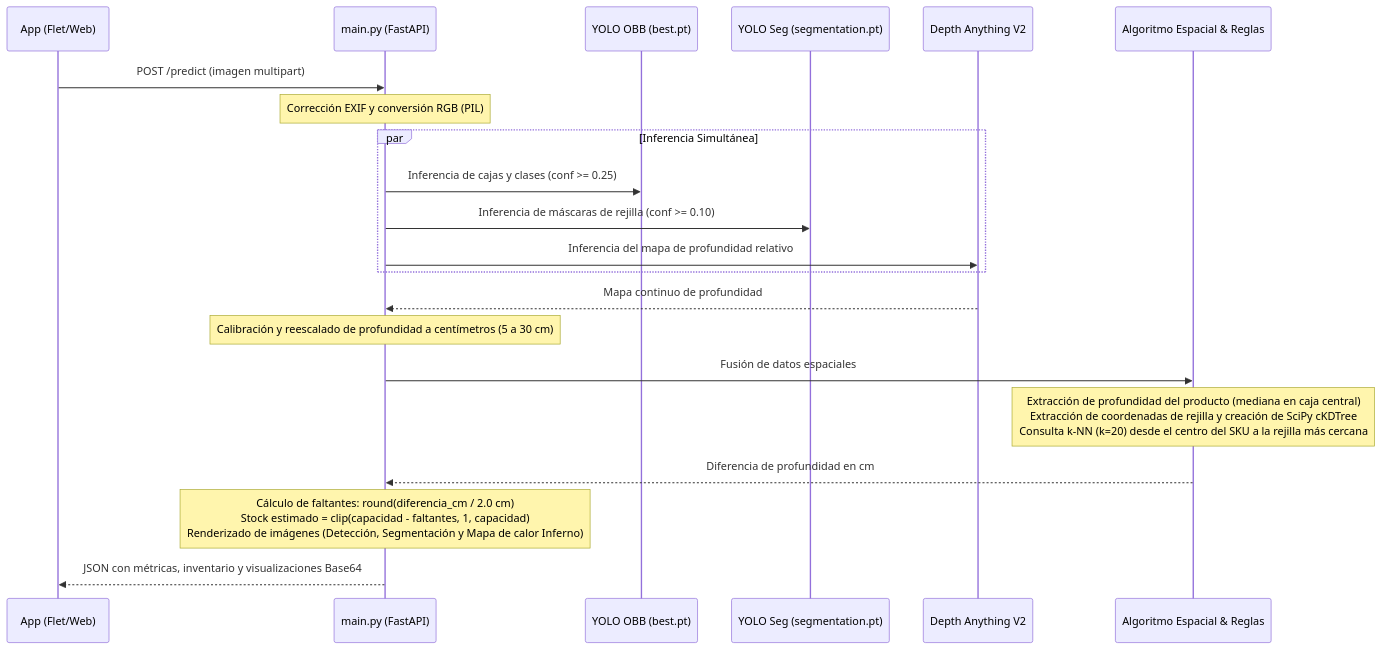
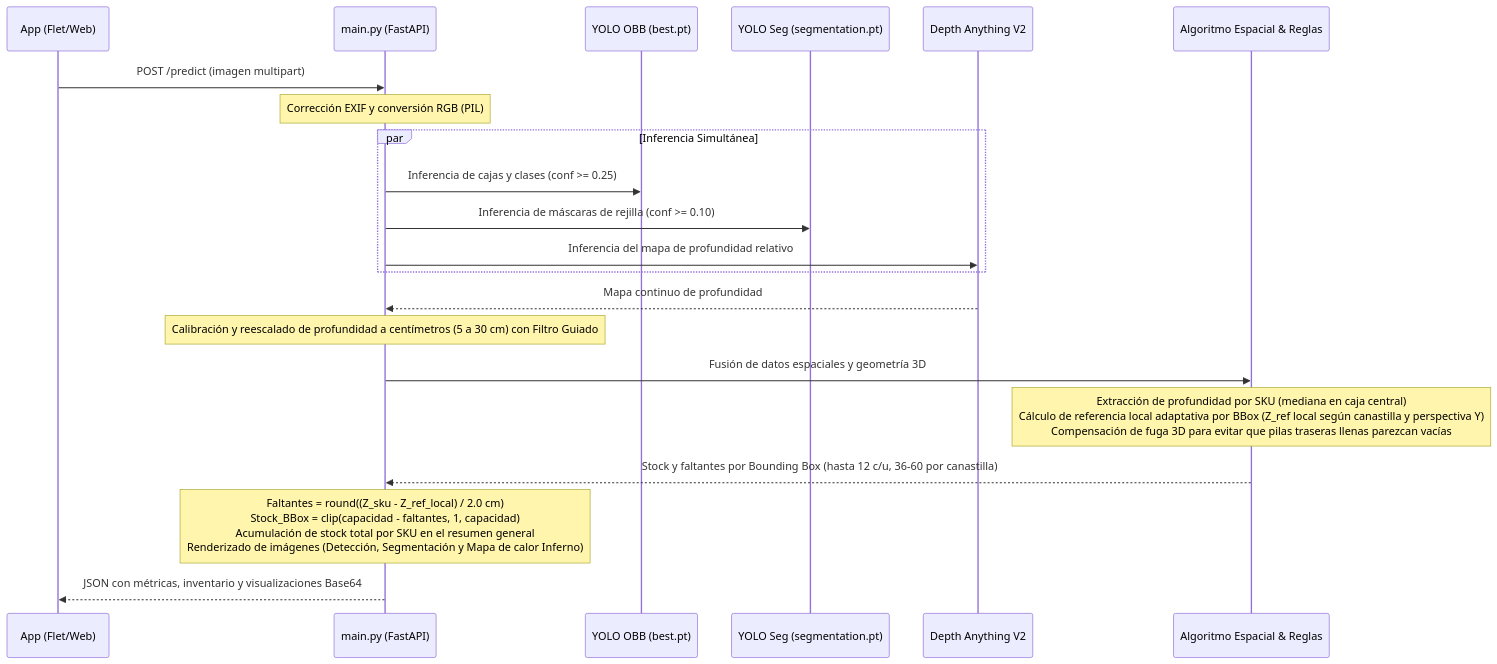
One commit to LuisOfL/Magnum_model_tool changed the diagram in app/backend/README.md. Above: the diagram before and after it, drawn with Mermaid. The commit also changed other lines of this file and 3 other files, not shown here.

````diff
--- a/app/backend/README.md
+++ b/app/backend/README.md
@@ -52,29 +52,29 @@
 ```mermaid
 sequenceDiagram
     participant Cliente as App (Flet/Web)
     participant API as main.py (FastAPI)
     participant Det as YOLO OBB (best.pt)
     participant Seg as YOLO Seg (segmentation.pt)
     participant Depth as Depth Anything V2
     participant Math as Algoritmo Espacial & Reglas
 
     Cliente->>API: POST /predict (imagen multipart)
     Note over API: Corrección EXIF y conversión RGB (PIL)
     
     par Inferencia Simultánea
         API->>Det: Inferencia de cajas y clases (conf >= 0.25)
         API->>Seg: Inferencia de máscaras de rejilla (conf >= 0.10)
         API->>Depth: Inferencia del mapa de profundidad relativo
     end
 
     Depth-->>API: Mapa continuo de profundidad
-    Note over API: Calibración y reescalado de profundidad a centímetros (5 a 30 cm)
+    Note over API: Calibración y reescalado de profundidad a centímetros (5 a 30 cm) con Filtro Guiado
 
-    API->>Math: Fusión de datos espaciales
-    Note over Math: Extracción de profundidad del producto (mediana en caja central)<br/>Extracción de coordenadas de rejilla y creación de SciPy cKDTree<br/>Consulta k-NN (k=20) desde el centro del SKU a la rejilla más cercana
-    Math-->>API: Diferencia de profundidad en cm
+    API->>Math: Fusión de datos espaciales y geometría 3D
+    Note over Math: Extracción de profundidad por SKU (mediana en caja central)<br/>Cálculo de referencia local adaptativa por BBox (Z_ref local según canastilla y perspectiva Y)<br/>Compensación de fuga 3D para evitar que pilas traseras llenas parezcan vacías
+    Math-->>API: Stock y faltantes por Bounding Box (hasta 12 c/u, 36-60 por canastilla)
 
-    Note over API: Cálculo de faltantes: round(diferencia_cm / 2.0 cm)<br/>Stock estimado = clip(capacidad - faltantes, 1, capacidad)<br/>Renderizado de imágenes (Detección, Segmentación y Mapa de calor Inferno)
+    Note over API: Faltantes = round((Z_sku - Z_ref_local) / 2.0 cm)<br/>Stock_BBox = clip(capacidad - faltantes, 1, capacidad)<br/>Acumulación de stock total por SKU en el resumen general<br/>Renderizado de imágenes (Detección, Segmentación y Mapa de calor Inferno)
     
     API-->>Cliente: JSON con métricas, inventario y visualizaciones Base64
 ```
````
